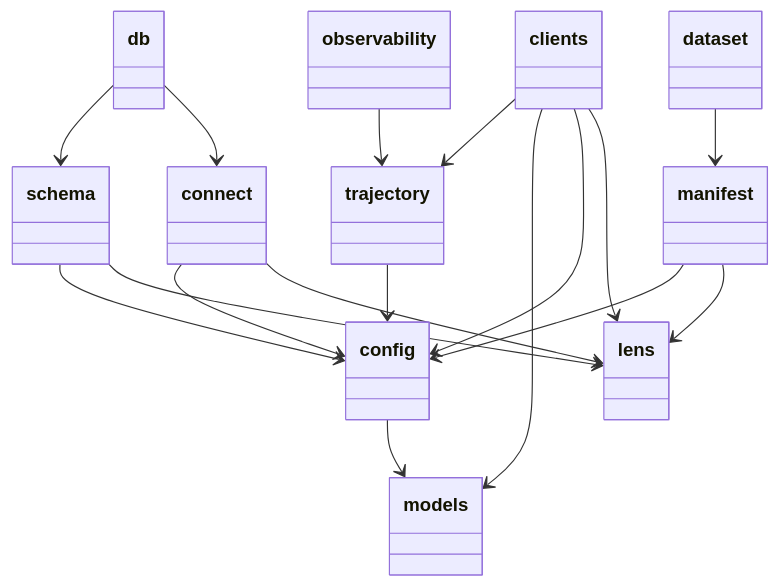
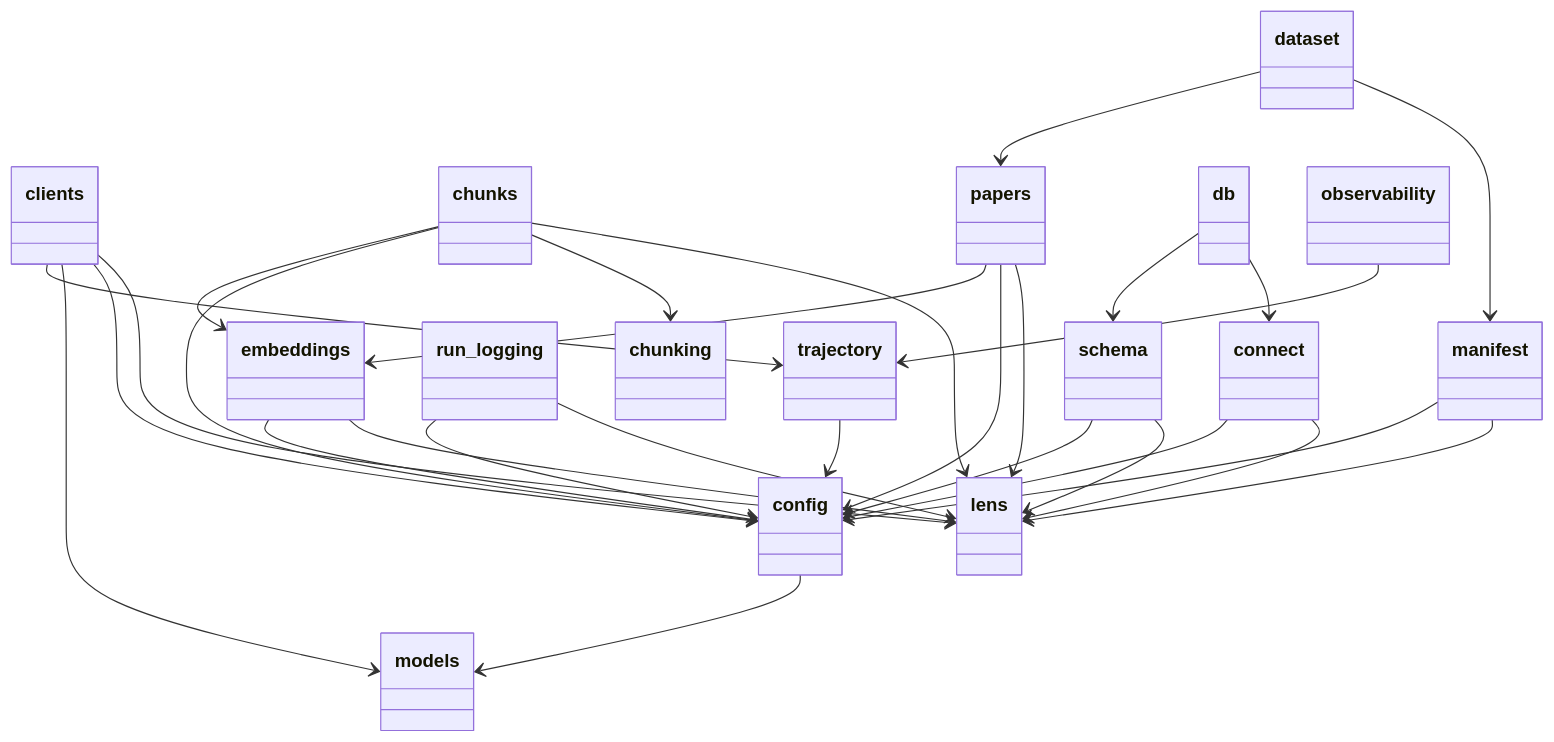
One commit to RSGzen/LENS changed the diagram in docs/packages_lens.mmd. Above: the diagram before and after it, drawn with Mermaid. The commit also changed 2 other files, not shown here.

```diff
--- a/docs/packages_lens.mmd
+++ b/docs/packages_lens.mmd
@@ -1,39 +1,61 @@
 classDiagram
   class lens {
+  }
+  class chunking {
   }
   class clients {
   }
   class config {
   }
   class dataset {
   }
+  class chunks {
+  }
   class manifest {
+  }
+  class papers {
   }
   class db {
   }
   class connect {
   }
   class schema {
   }
+  class embeddings {
+  }
   class models {
   }
   class observability {
+  }
+  class run_logging {
   }
   class trajectory {
   }
   clients --> lens
   clients --> config
   clients --> models
   clients --> trajectory
   config --> models
   dataset --> manifest
+  dataset --> papers
+  chunks --> lens
+  chunks --> chunking
+  chunks --> config
+  chunks --> embeddings
   manifest --> lens
   manifest --> config
+  papers --> lens
+  papers --> config
+  papers --> embeddings
   db --> connect
   db --> schema
   connect --> lens
   connect --> config
   schema --> lens
   schema --> config
+  embeddings --> lens
+  embeddings --> config
   observability --> trajectory
+  run_logging --> lens
+  run_logging --> config
   trajectory --> config
```
